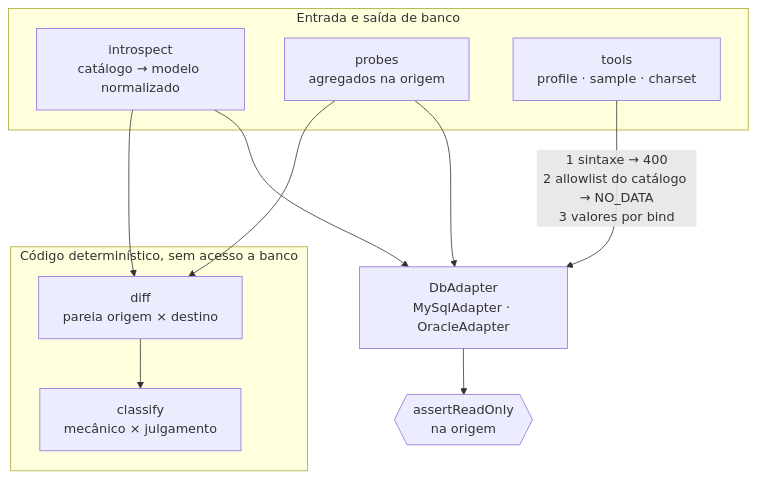
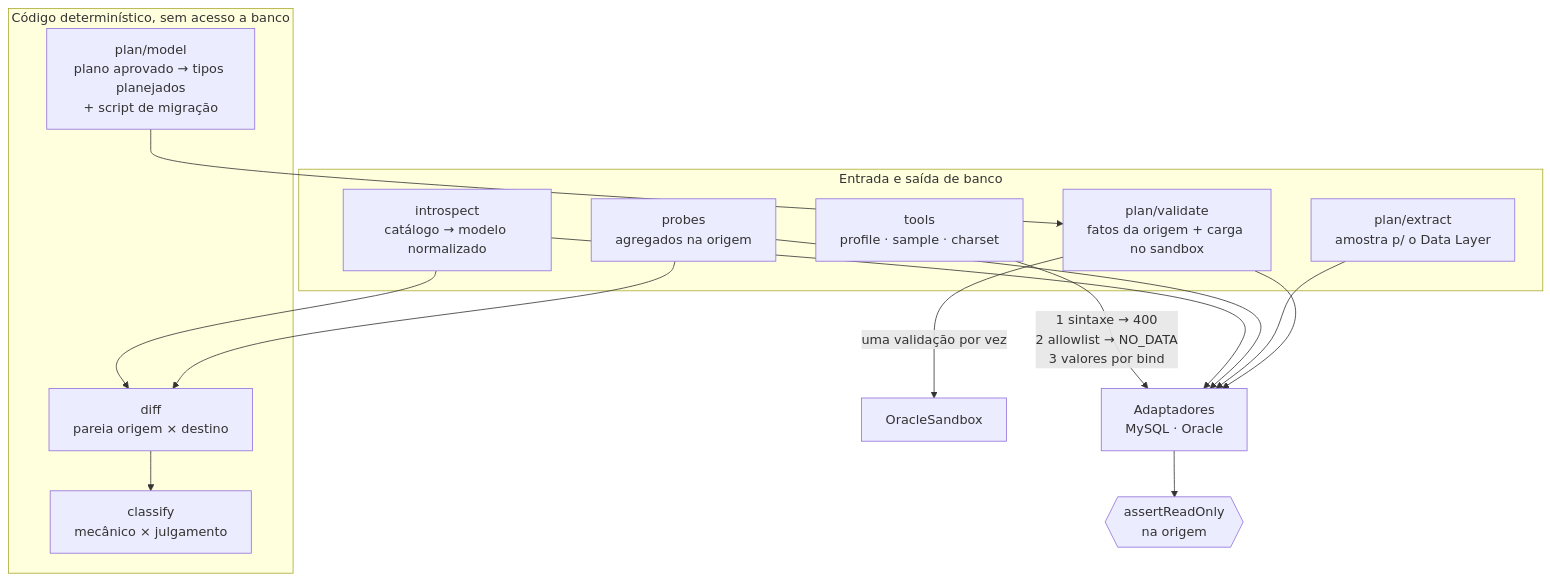
Before and after one commit to pedrolombardi/db-layer: the second of 2 diagrams in docs/ARQUITETURA.md, drawn with Mermaid. The commit also changed other lines of this file and 14 other files, not shown here.

````diff
--- a/docs/ARQUITETURA.md
+++ b/docs/ARQUITETURA.md
@@ -28,19 +32,25 @@
 ```mermaid
 flowchart TB
+  subgraph PURE[Código determinístico, sem acesso a banco]
+    CLS[classify<br/>mecânico × julgamento]
+    DIF[diff<br/>pareia origem × destino]
+    PLN[plan/model<br/>plano aprovado → tipos planejados<br/>+ script de migração]
+  end
   subgraph IO[Entrada e saída de banco]
     INT[introspect<br/>catálogo → modelo normalizado]
     PRB[probes<br/>agregados na origem]
     TLS[tools<br/>profile · sample · charset]
+    EXT[plan/extract<br/>amostra p/ o Data Layer]
+    VAL[plan/validate<br/>fatos da origem + carga no sandbox]
   end
-  subgraph PURE[Código determinístico, sem acesso a banco]
-    CLS[classify<br/>mecânico × julgamento]
-    DIF[diff<br/>pareia origem × destino]
-  end
-  INT --> DIF
+  INT --> DIF --> CLS
   PRB --> DIF
-  DIF --> CLS
-  TLS -->|1 sintaxe → 400<br/>2 allowlist do catálogo → NO_DATA<br/>3 valores por bind| ADP[DbAdapter<br/>MySqlAdapter · OracleAdapter]
+  PLN --> VAL
+  TLS -->|1 sintaxe → 400<br/>2 allowlist → NO_DATA<br/>3 valores por bind| ADP[Adaptadores<br/>MySQL · Oracle]
   INT --> ADP
   PRB --> ADP
+  EXT --> ADP
+  VAL --> ADP
+  VAL -->|uma validação por vez| SB[OracleSandbox]
   ADP --> RO{{assertReadOnly<br/>na origem}}
 ```
````
